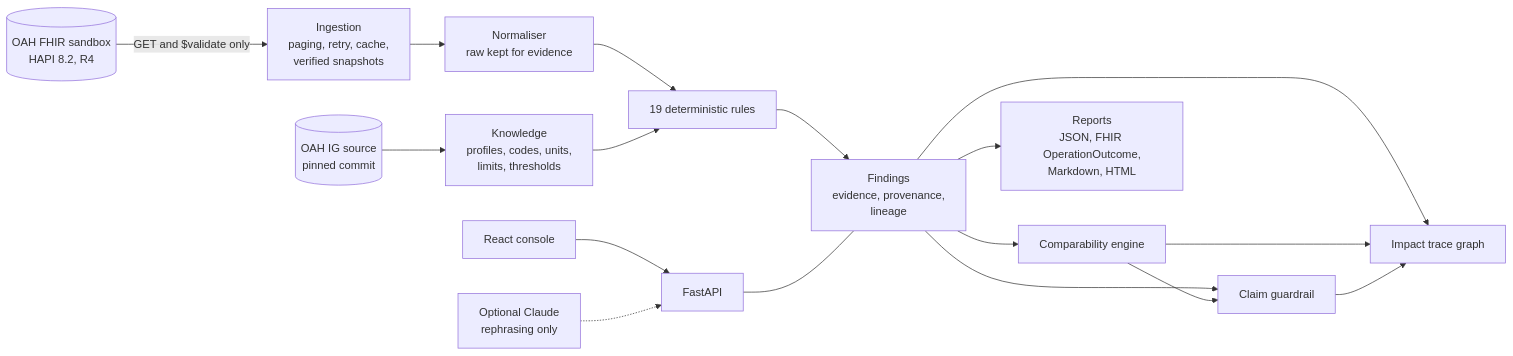
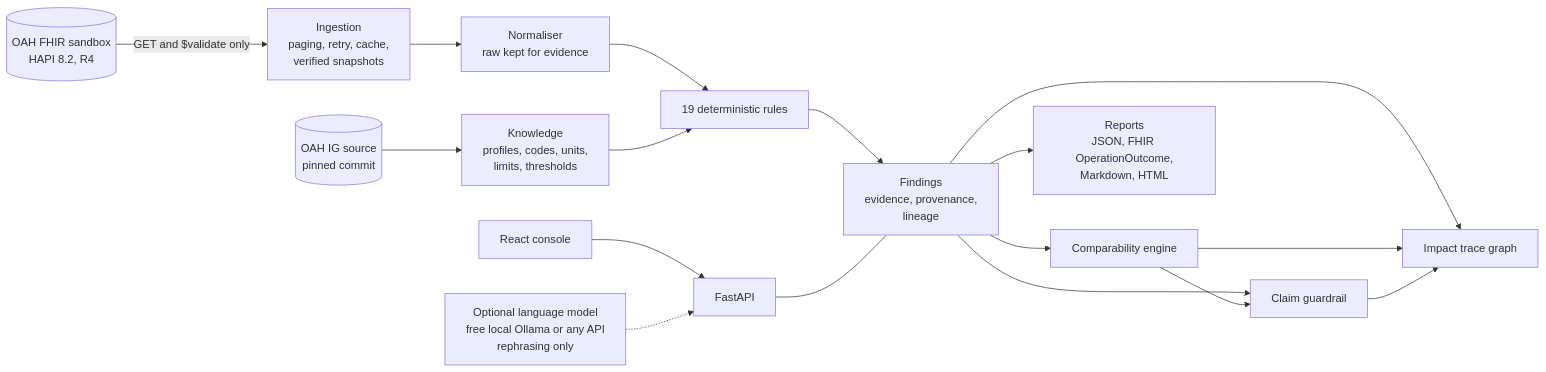
The diagram in README.md (Unknown1502/OAH-Data-Doctor), drawn with Mermaid before and after one commit. The commit also changed other lines of this file and 15 other files, not shown here.

First line of the commit message:
feat(ui,docs): provider-neutral rephrase button and free-model documentation

````diff
--- a/README.md
+++ b/README.md
@@ -72,19 +72,19 @@
 ```mermaid
 flowchart LR
   OAH[(OAH FHIR sandbox<br/>HAPI 8.2, R4)] -->|GET and $validate only| ING[Ingestion<br/>paging, retry, cache,<br/>verified snapshots]
   IG[(OAH IG source<br/>pinned commit)] --> KN[Knowledge<br/>profiles, codes, units,<br/>limits, thresholds]
   ING --> NORM[Normaliser<br/>raw kept for evidence]
   NORM --> RULES[19 deterministic rules]
   KN --> RULES
   RULES --> F[Findings<br/>evidence, provenance,<br/>lineage]
   F --> CMP[Comparability engine]
   F --> CLM[Claim guardrail]
   CMP --> CLM
   F --> TR[Impact trace graph]
   CMP --> TR
   CLM --> TR
   F --> OUT[Reports<br/>JSON, FHIR OperationOutcome,<br/>Markdown, HTML]
   API[FastAPI] --- F
   UI[React console] --> API
-  LLM[Optional Claude<br/>rephrasing only] -.-> API
+  LLM[Optional language model<br/>free local Ollama or any API<br/>rephrasing only] -.-> API
 ```
````
